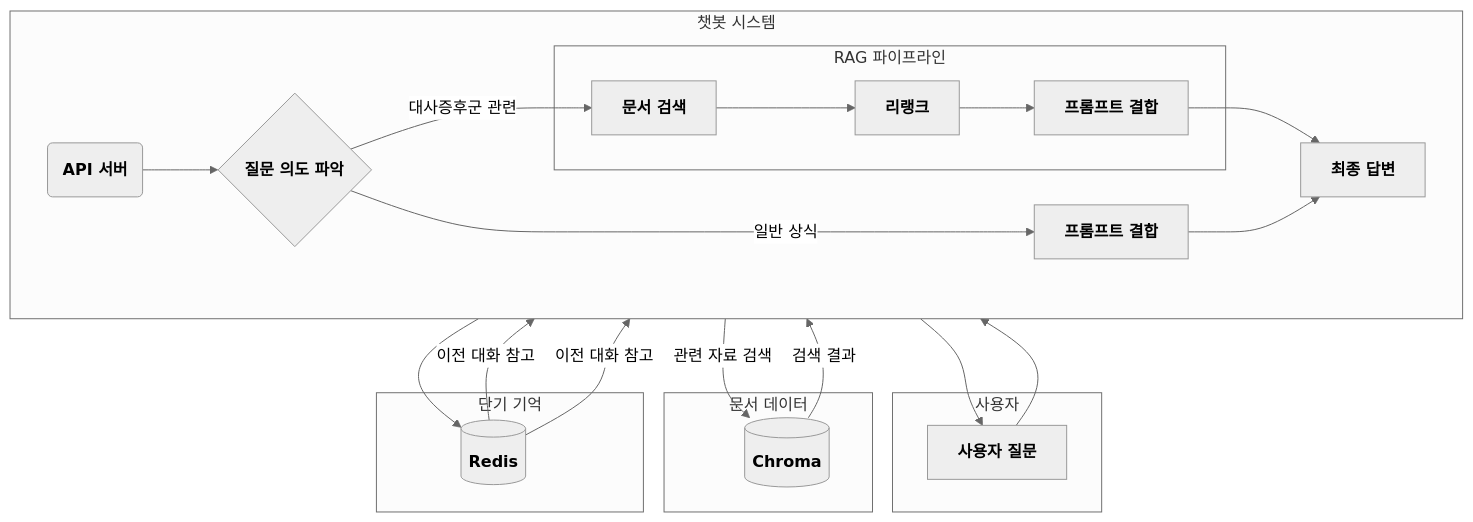
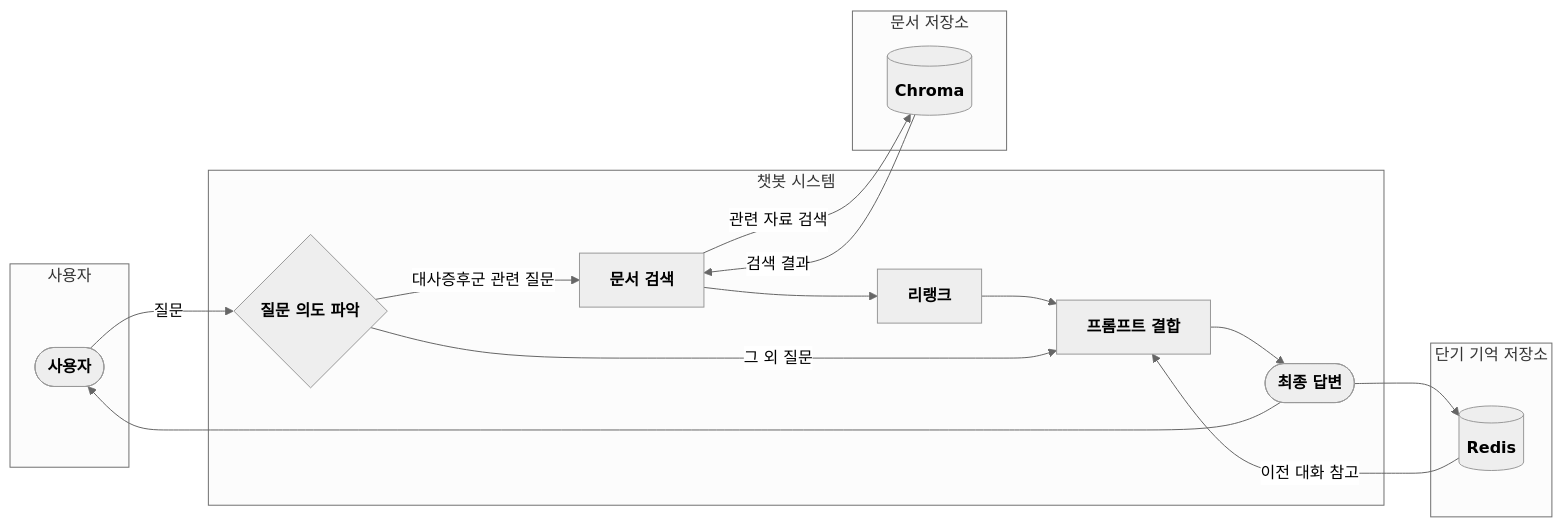
The diagram in README.md (pakyeon/rag-metabolic-syndrome-chatbot), drawn with Mermaid (neutral theme) before and after one commit.

Commit message:
시스템 아키텍쳐 수정

````diff
--- a/README.md
+++ b/README.md
@@ -36,41 +36,38 @@
 ```mermaid
-graph TD
+graph LR
+    %% --- 사용자 ---
     subgraph "사용자"
-        Q[<B>사용자 질문</B>]
+        Q([<B>사용자</B>])
     end
 
+    %% --- 챗봇 시스템 ---
     subgraph "챗봇 시스템"
-        A(<b>API 서버</b>)
-        B{<B>질문 의도 파악</B>};
-        
-        direction LR
-        subgraph "RAG 파이프라인"
-            C[<B>문서 검색</B>] --> D[<B>리랭크</B>] --> E[<B>프롬프트 결합</B>];
-        end
-
-        F[<B>프롬프트 결합</B>]
-        G[<B>최종 답변</B>]
+        B{<B>질문 의도 파악</B>}
+        C[<B>문서 검색</B>]
+        D[<B>리랭크</B>]
+        E[<B>프롬프트 결합</B>]
+        G([<B>최종 답변</B>])
+        %% 내부 순서 고정
+        B -- "대사증후군 관련 질문" --> C --> D --> E --> G
     end
 
-    subgraph "문서 데이터"
-      DB1[(<B>Chroma</B>)]
+    %% --- 데이터 저장소 ---
+    subgraph "문서 저장소"
+        DB1[(<B>Chroma</B>)]
     end
 
-    subgraph "단기 기억"
-      DB2[(<B>Redis</B>)]
+    subgraph "단기 기억 저장소"
+        DB2[(<B>Redis</B>)]
     end
 
     %% --- 연결 관계 ---
-    Q --> A;
-    A --> B;
-    B -- "대사증후군 관련" --> C;
-    C -- "관련 자료 검색" --> DB1;
+    Q -- "질문" --> B
+    B -- "그 외 질문" --> E
+
+    C -- "관련 자료 검색" --> DB1
     DB1 -- "검색 결과" --> C
-    DB2 -- "이전 대화 참고" --> E;
-    E --> G;
-    B -- "일반 상식" --> F;
-    DB2 -- "이전 대화 참고" --> F;
-    F --> G;
-    G --> DB2;
-    G --> Q;
+
+    DB2 -- "이전 대화 참고" --> E
+    G --> DB2
+    G --> Q
 ```
````
